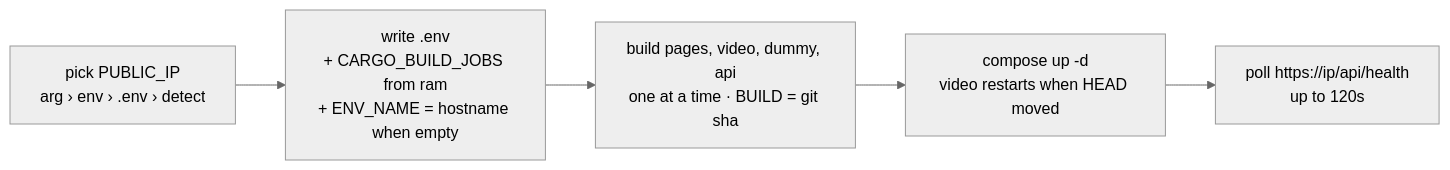
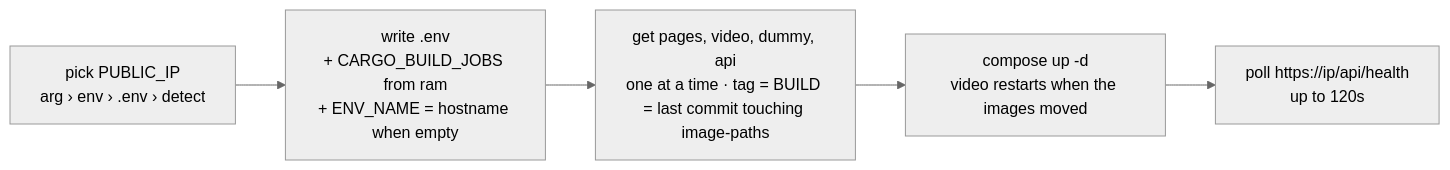
One commit to ZeroNerodaHero/slop-stream-architecture changed the eighth of 10 diagrams in docs/architecture-picture.md. Above: the diagram before and after it, drawn with Mermaid (neutral theme). The commit also changed 30 other files, not shown here.

````diff
--- a/docs/architecture-picture.md
+++ b/docs/architecture-picture.md
@@ -308,4 +308,4 @@
 ```mermaid
 flowchart LR
-  ip["pick PUBLIC_IP<br/>arg › env › .env › detect"] --> env["write .env<br/>+ CARGO_BUILD_JOBS from ram<br/>+ ENV_NAME = hostname when empty"] --> build["build pages, video, dummy, api<br/>one at a time · BUILD = git sha"] --> up["compose up -d<br/>video restarts when HEAD moved"] --> wait["poll https://ip/api/health<br/>up to 120s"]
+  ip["pick PUBLIC_IP<br/>arg › env › .env › detect"] --> env["write .env<br/>+ CARGO_BUILD_JOBS from ram<br/>+ ENV_NAME = hostname when empty"] --> build["get pages, video, dummy, api<br/>one at a time · tag = BUILD = last commit touching image-paths"] --> up["compose up -d<br/>video restarts when the images moved"] --> wait["poll https://ip/api/health<br/>up to 120s"]
 ```
````
